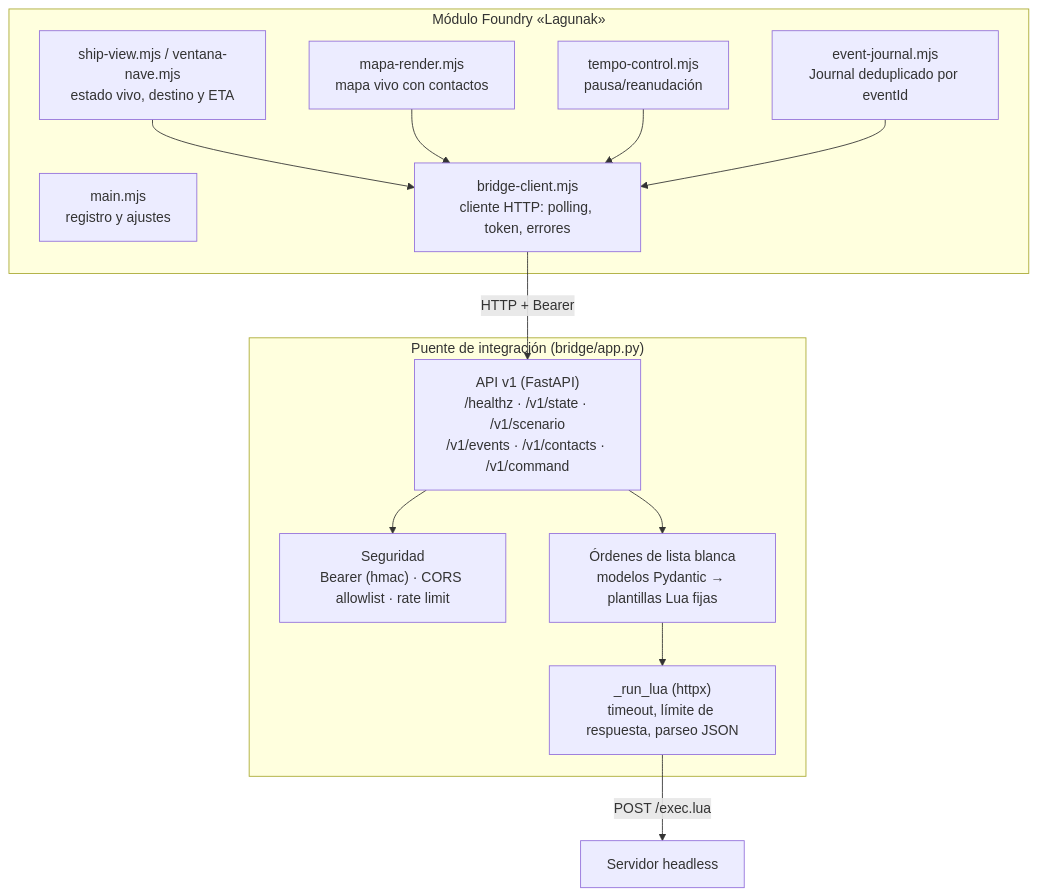
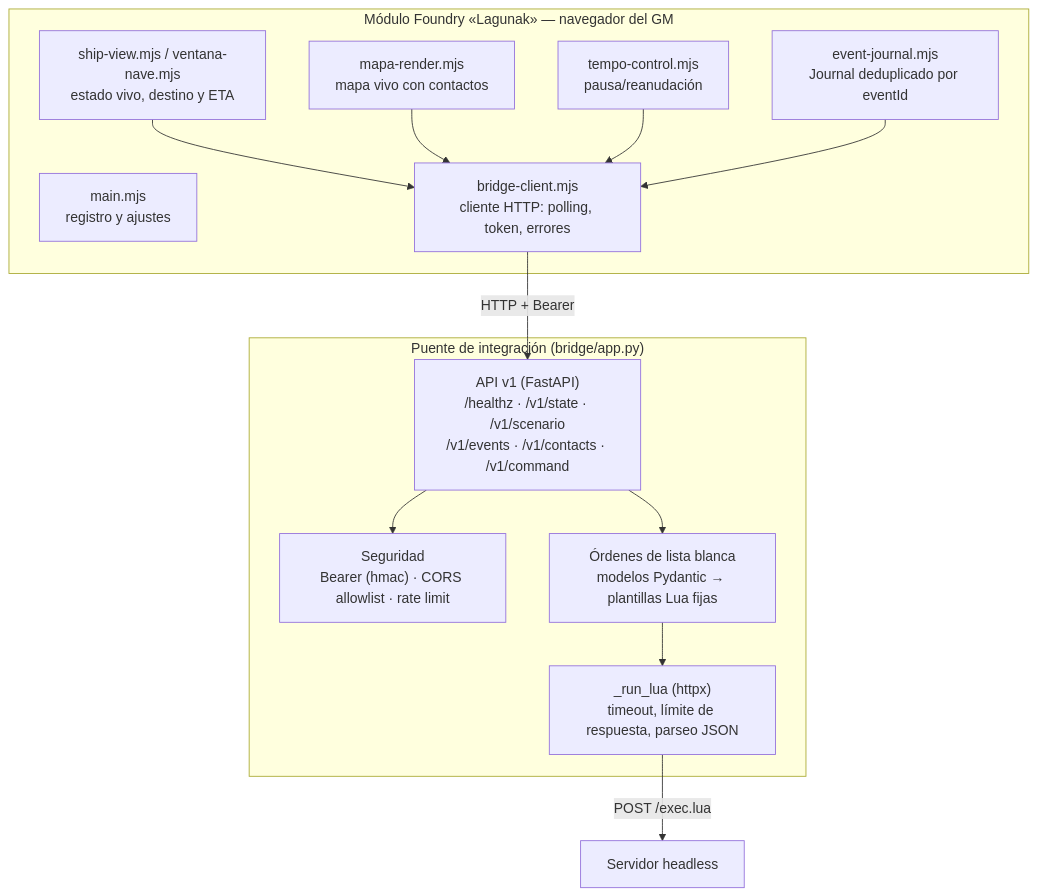
One commit to EspacioKoop/espaciokooplagunak changed the third of 4 diagrams in docs/ARQUITECTURA.md. Above: the diagram before and after it, drawn with Mermaid. The commit also changed other lines of this file and 1 other file, not shown here.

Commit message:
docs: show browser boundary for Foundry bridge

````diff
--- a/docs/ARQUITECTURA.md
+++ b/docs/ARQUITECTURA.md
@@ -77,26 +80,26 @@
 ```mermaid
 flowchart TB
-    subgraph mod["Módulo Foundry «Lagunak»"]
+    subgraph mod["Módulo Foundry «Lagunak» — navegador del GM"]
         main["main.mjs<br/>registro y ajustes"]
         ship["ship-view.mjs / ventana-nave.mjs<br/>estado vivo, destino y ETA"]
         mapa["mapa-render.mjs<br/>mapa vivo con contactos"]
         tempo["tempo-control.mjs<br/>pausa/reanudación"]
         journal["event-journal.mjs<br/>Journal deduplicado por eventId"]
         client["bridge-client.mjs<br/>cliente HTTP: polling, token, errores"]
         ship --> client
         mapa --> client
         tempo --> client
         journal --> client
     end
     subgraph puente["Puente de integración (bridge/app.py)"]
         api["API v1 (FastAPI)<br/>/healthz · /v1/state · /v1/scenario<br/>/v1/events · /v1/contacts · /v1/command"]
         auth["Seguridad<br/>Bearer (hmac) · CORS allowlist · rate limit"]
         cmds["Órdenes de lista blanca<br/>modelos Pydantic → plantillas Lua fijas"]
         runlua["_run_lua (httpx)<br/>timeout, límite de respuesta, parseo JSON"]
         api --> auth
         api --> cmds
         cmds --> runlua
     end
     client -->|"HTTP + Bearer"| api
     runlua -->|"POST /exec.lua"| game["Servidor headless"]
 ```
````
